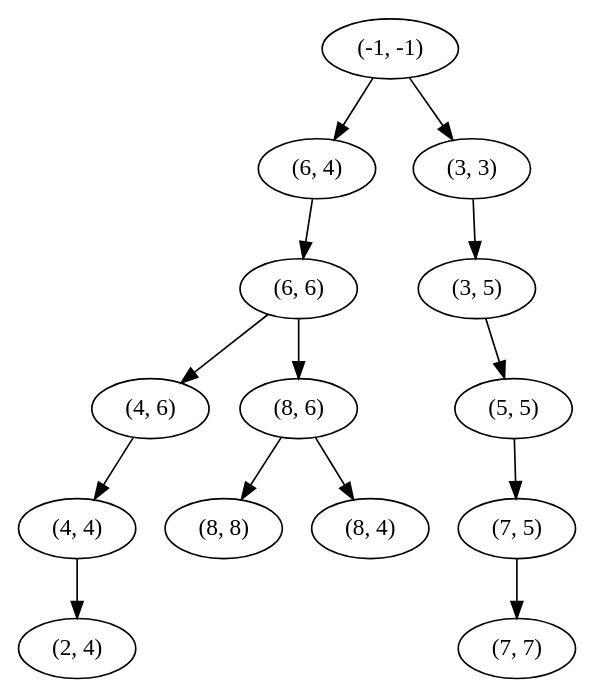
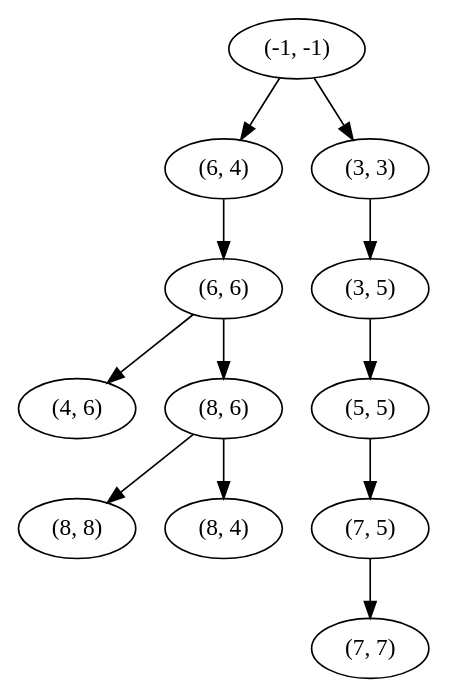
The diagram in tree.dot (groupe25/LE_CHEMIN_DES_CHEFS), drawn with Graphviz before and after one commit. The commit also changed 5 other files, not shown here.

```diff
--- a/tree.dot
+++ b/tree.dot
@@ -1,29 +1,25 @@
 strict digraph G {
 "(6, 4)" [niveau=1];
 "(4, 6)" [niveau=3];
 "(6, 6)" [niveau=2];
-"(4, 4)" [niveau=4];
 "(5, 5)" [niveau=3];
 "(3, 5)" [niveau=2];
 "(8, 8)" [niveau=4];
 "(7, 5)" [niveau=4];
 "(-1, -1)" [niveau=0];
 "(7, 7)" [niveau=5];
 "(8, 6)" [niveau=3];
 "(8, 4)" [niveau=4];
-"(2, 4)" [niveau=5];
 "(3, 3)" [niveau=1];
 "(6, 4)" -> "(6, 6)";
-"(4, 6)" -> "(4, 4)";
 "(6, 6)" -> "(8, 6)";
 "(6, 6)" -> "(4, 6)";
-"(4, 4)" -> "(2, 4)";
 "(5, 5)" -> "(7, 5)";
 "(3, 5)" -> "(5, 5)";
 "(7, 5)" -> "(7, 7)";
 "(-1, -1)" -> "(6, 4)";
 "(-1, -1)" -> "(3, 3)";
 "(8, 6)" -> "(8, 8)";
 "(8, 6)" -> "(8, 4)";
 "(3, 3)" -> "(3, 5)";
 }
```
